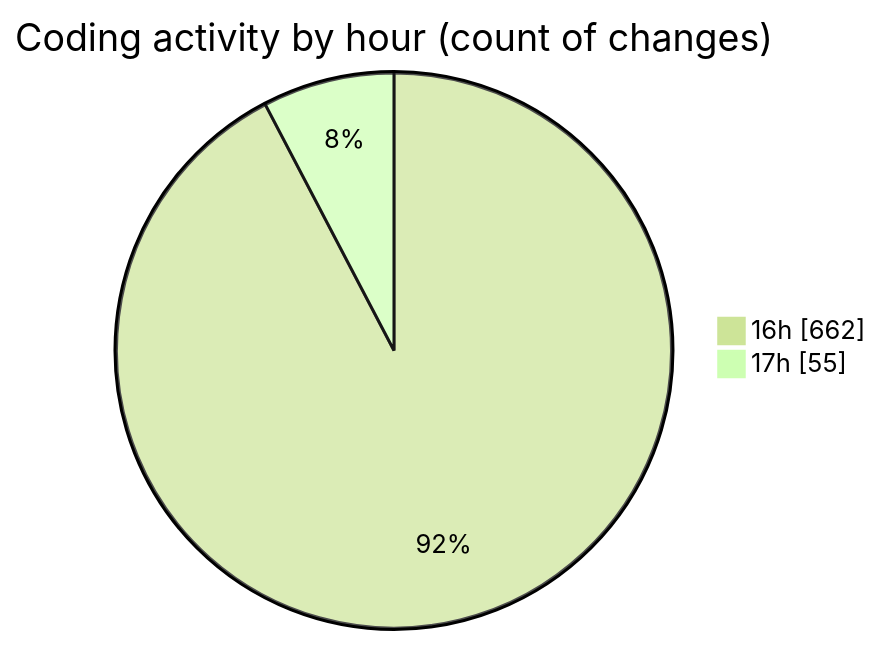
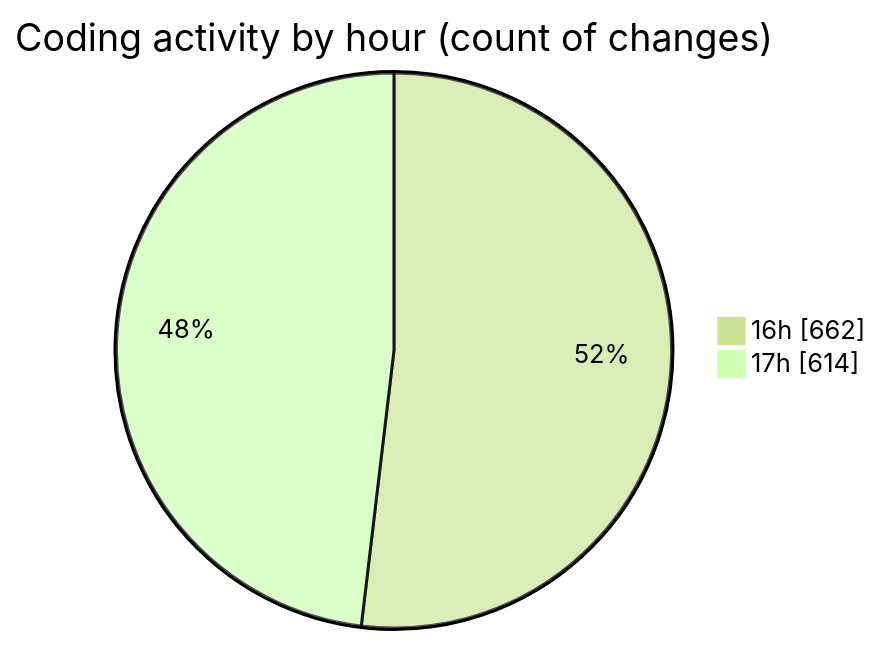
The second of 2 diagrams in 2025-04-11/nxtqube_webapp/README.md (nxtqubesakshisongat/code-tracking), drawn with Mermaid (forest theme) before and after one commit. The commit also changed other lines of this file and 1 other file, not shown here.

````diff
--- a/2025-04-11/nxtqube_webapp/README.md
+++ b/2025-04-11/nxtqube_webapp/README.md
@@ -33,6 +33,6 @@
 ```mermaid
 pie showData
 title Coding activity by hour (count of changes)
 "16h" : 662
-"17h" : 55
+"17h" : 614
 ```
````
